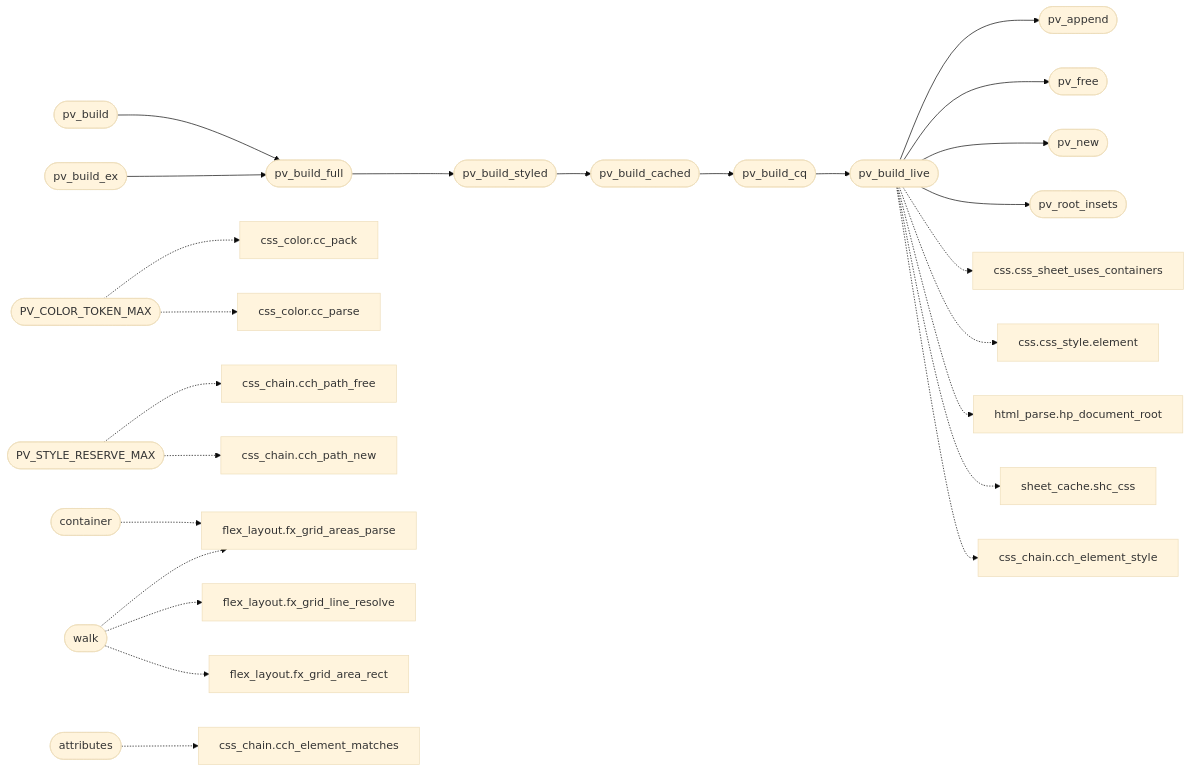
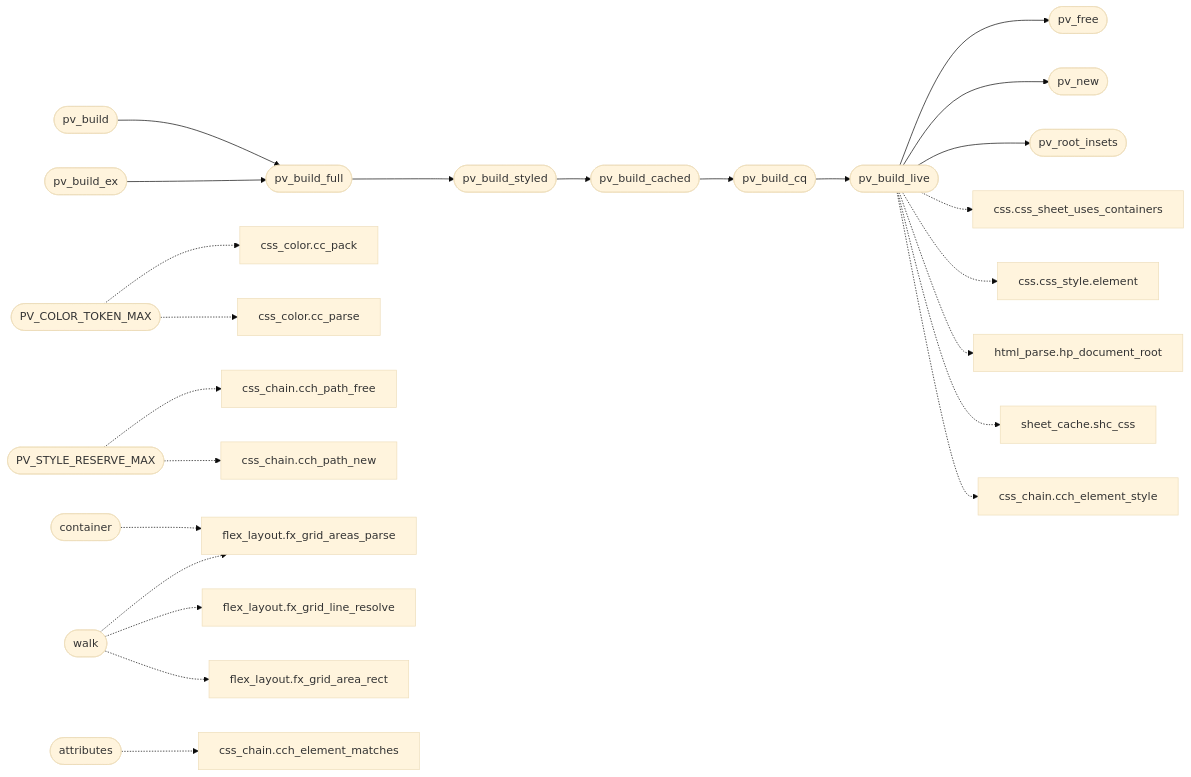
One commit to grisuno/FreeDom changed the second of 2 diagrams in readmenator-apidocs/modules/src.page_view.c.md. Above: the diagram before and after it, drawn with Mermaid (base theme). The commit also changed other lines of this file and 423 other files, not shown here.

````diff
--- a/readmenator-apidocs/modules/src.page_view.c.md
+++ b/readmenator-apidocs/modules/src.page_view.c.md
@@ -69,56 +69,54 @@
 ```mermaid
 flowchart LR
     n_src_page_view_c__pv_build(["pv_build"])
     n_src_page_view_c__pv_build_full(["pv_build_full"])
     n_src_page_view_c__pv_build_ex(["pv_build_ex"])
     n_src_page_view_c__pv_build_styled(["pv_build_styled"])
     n_src_page_view_c__pv_build_cached(["pv_build_cached"])
     n_src_page_view_c__pv_build_cq(["pv_build_cq"])
     n_src_page_view_c__pv_build_live(["pv_build_live"])
-    n_src_page_view_c__pv_append(["pv_append"])
     n_src_page_view_c__pv_free(["pv_free"])
     n_src_page_view_c__pv_new(["pv_new"])
     n_src_page_view_c__pv_root_insets(["pv_root_insets"])
     n_src_page_view_c__PV_COLOR_TOKEN_MAX(["PV_COLOR_TOKEN_MAX"])
     n_include_css_color_h__cc_pack["css_color.cc_pack"]
     n_src_css_color_c__cc_parse["css_color.cc_parse"]
     n_src_page_view_c__PV_STYLE_RESERVE_MAX(["PV_STYLE_RESERVE_MAX"])
     n_include_css_chain_h__cch_path_free["css_chain.cch_path_free"]
     n_include_css_chain_h__cch_path_new["css_chain.cch_path_new"]
     n_src_page_view_c__container(["container"])
     n_src_flex_layout_c__fx_grid_areas_parse["flex_layout.fx_grid_areas_parse"]
     n_src_page_view_c__walk(["walk"])
     n_include_flex_layout_h__fx_grid_line_resolve["flex_layout.fx_grid_line_resolve"]
     n_src_flex_layout_c__fx_grid_area_rect["flex_layout.fx_grid_area_rect"]
     n_src_page_view_c__attributes(["attributes"])
     n_include_css_chain_h__cch_element_matches["css_chain.cch_element_matches"]
     n_include_css_h__css_sheet_uses_containers["css.css_sheet_uses_containers"]
     n_include_css_h__css_style_element["css.css_style.element"]
     n_include_html_parse_h__hp_document_root["html_parse.hp_document_root"]
     n_include_sheet_cache_h__shc_css["sheet_cache.shc_css"]
     n_src_css_chain_c__cch_element_style["css_chain.cch_element_style"]
     n_src_page_view_c__pv_build --> n_src_page_view_c__pv_build_full
     n_src_page_view_c__pv_build_ex --> n_src_page_view_c__pv_build_full
     n_src_page_view_c__pv_build_full --> n_src_page_view_c__pv_build_styled
     n_src_page_view_c__pv_build_styled --> n_src_page_view_c__pv_build_cached
     n_src_page_view_c__pv_build_cached --> n_src_page_view_c__pv_build_cq
     n_src_page_view_c__pv_build_cq --> n_src_page_view_c__pv_build_live
-    n_src_page_view_c__pv_build_live --> n_src_page_view_c__pv_append
     n_src_page_view_c__pv_build_live --> n_src_page_view_c__pv_free
     n_src_page_view_c__pv_build_live --> n_src_page_view_c__pv_new
     n_src_page_view_c__pv_build_live --> n_src_page_view_c__pv_root_insets
     n_src_page_view_c__PV_COLOR_TOKEN_MAX -.-> n_include_css_color_h__cc_pack
     n_src_page_view_c__PV_COLOR_TOKEN_MAX -.-> n_src_css_color_c__cc_parse
     n_src_page_view_c__PV_STYLE_RESERVE_MAX -.-> n_include_css_chain_h__cch_path_free
     n_src_page_view_c__PV_STYLE_RESERVE_MAX -.-> n_include_css_chain_h__cch_path_new
     n_src_page_view_c__container -.-> n_src_flex_layout_c__fx_grid_areas_parse
     n_src_page_view_c__walk -.-> n_include_flex_layout_h__fx_grid_line_resolve
     n_src_page_view_c__walk -.-> n_src_flex_layout_c__fx_grid_area_rect
     n_src_page_view_c__walk -.-> n_src_flex_layout_c__fx_grid_areas_parse
     n_src_page_view_c__attributes -.-> n_include_css_chain_h__cch_element_matches
     n_src_page_view_c__pv_build_live -.-> n_include_css_h__css_sheet_uses_containers
     n_src_page_view_c__pv_build_live -.-> n_include_css_h__css_style_element
     n_src_page_view_c__pv_build_live -.-> n_include_html_parse_h__hp_document_root
     n_src_page_view_c__pv_build_live -.-> n_include_sheet_cache_h__shc_css
     n_src_page_view_c__pv_build_live -.-> n_src_css_chain_c__cch_element_style
 ```
````
